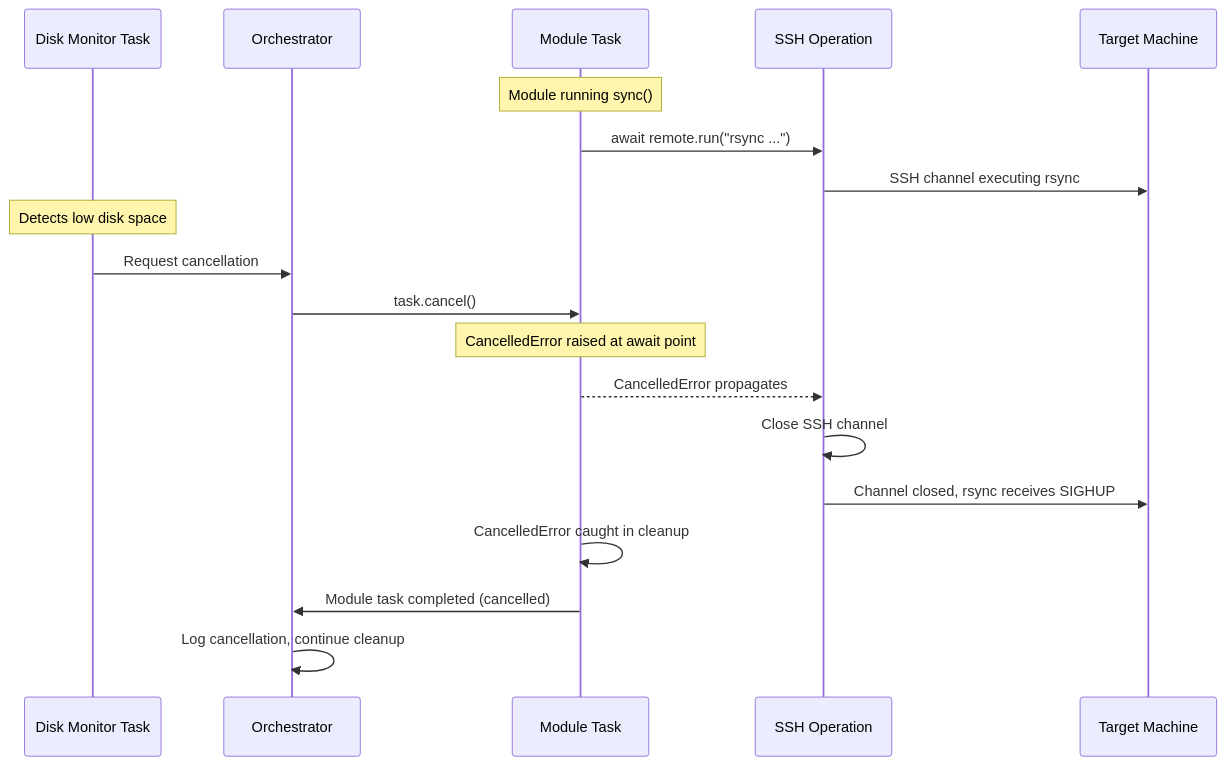
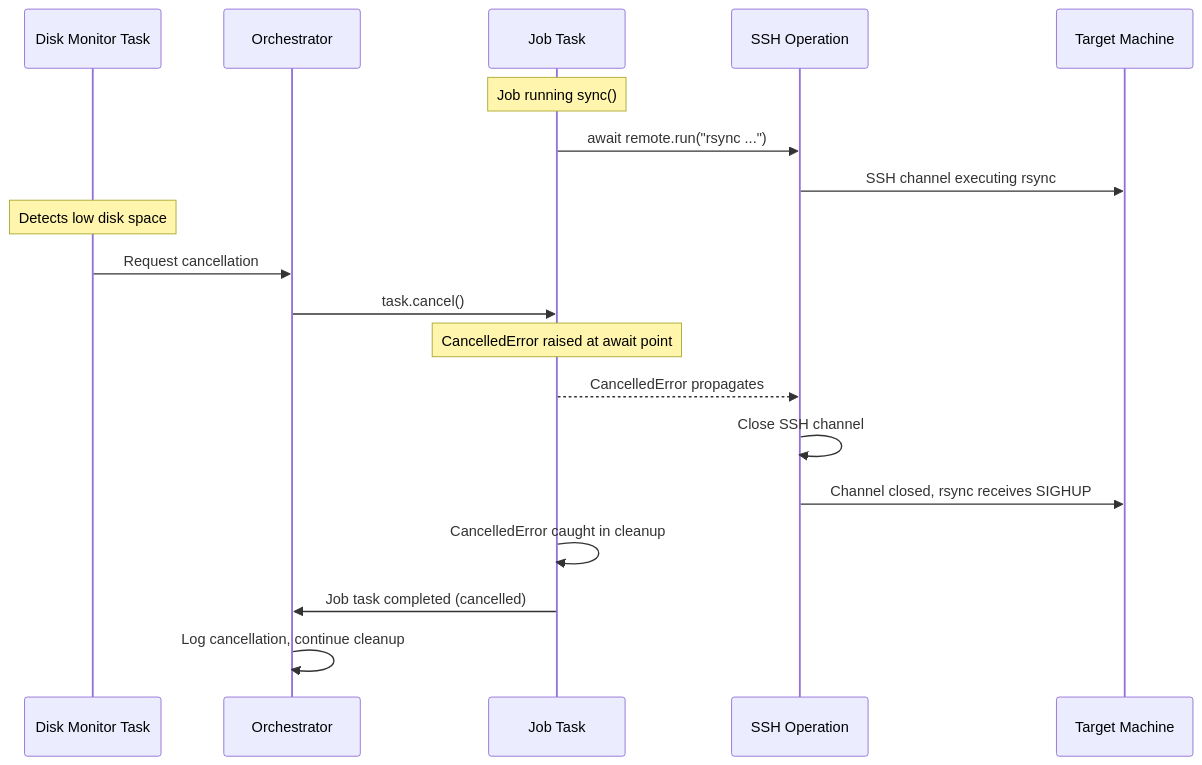
One commit to flaksit/pc-switcher changed the third of 8 diagrams in docs/adr/considerations/async-vs-sync-concurrency-analysis.md. Above: the diagram before and after it, drawn with Mermaid. The commit also changed other lines of this file and 39 other files, not shown here.

Commit message:
rename Module to Job

````diff
--- a/docs/adr/considerations/async-vs-sync-concurrency-analysis.md
+++ b/docs/adr/considerations/async-vs-sync-concurrency-analysis.md
@@ -387,25 +387,25 @@
 ```mermaid
 sequenceDiagram
     participant DM as Disk Monitor Task
     participant O as Orchestrator
-    participant MT as Module Task
+    participant MT as Job Task
     participant SSH as SSH Operation
     participant Target as Target Machine
 
-    Note over MT: Module running sync()
+    Note over MT: Job running sync()
     MT->>SSH: await remote.run("rsync ...")
     SSH->>Target: SSH channel executing rsync
 
     Note over DM: Detects low disk space
     DM->>O: Request cancellation
     O->>MT: task.cancel()
 
     Note over MT: CancelledError raised at await point
     MT-->>SSH: CancelledError propagates
     SSH->>SSH: Close SSH channel
     SSH->>Target: Channel closed, rsync receives SIGHUP
 
     MT->>MT: CancelledError caught in cleanup
-    MT->>O: Module task completed (cancelled)
+    MT->>O: Job task completed (cancelled)
     O->>O: Log cancellation, continue cleanup
 ```
````
